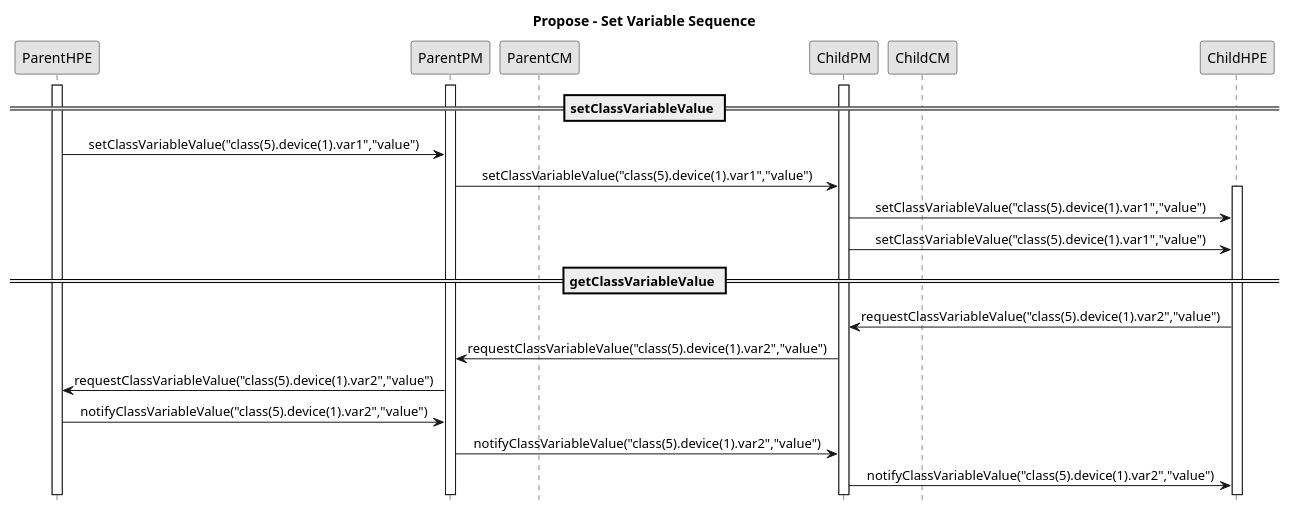
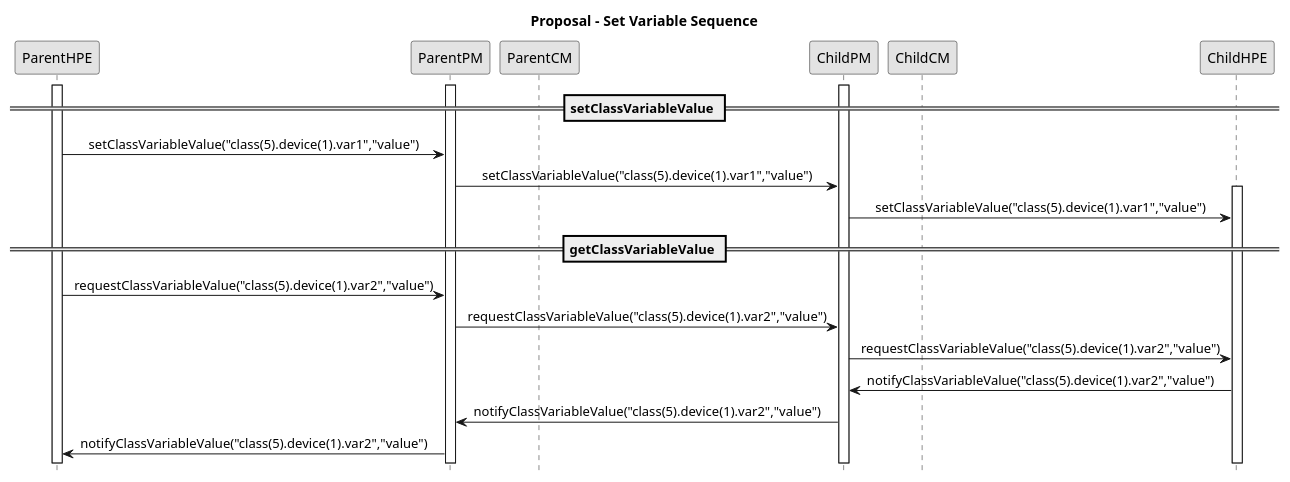
The diagram in sequence2proposal.plantuml (alanlivio/fsmda), drawn with PlantUML before and after one commit. The commit also changed 6 other files, not shown here.

Commit message:
docs: Refactory title names. Fixes. Rename ChildHPE and ParentHPE to Player in objects controls. Remove media ID to Player call.

```diff
--- a/sequence2proposal.plantuml
+++ b/sequence2proposal.plantuml
@@ -2,33 +2,32 @@
 @startuml
 hide footbox
 skinparam monochrome true
 skinparam sequenceMessageAlign center
 
 participant ParentHPE
 participant ParentPM
 participant ParentCM
 participant ChildPM
 participant ChildCM
 participant ChildHPE
 
-''''''''''''''''''Propose - Set Variable Sequence'''''''''''''''''
-title Propose - Set Variable Sequence
+''''''''''''''''''Proposal - Set Variable Sequence'''''''''''''''''
+title Proposal - Set Variable Sequence
 activate ParentHPE
 activate ParentPM
 activate ChildPM
 == setClassVariableValue ==
 ParentHPE->ParentPM: setClassVariableValue("class(5).device(1).var1","value")
 ParentPM->ChildPM: setClassVariableValue("class(5).device(1).var1","value")
 activate ChildHPE
 ChildPM->ChildHPE: setClassVariableValue("class(5).device(1).var1","value")
-ChildPM->ChildHPE: setClassVariableValue("class(5).device(1).var1","value")
 == getClassVariableValue ==
-ChildHPE->ChildPM: requestClassVariableValue("class(5).device(1).var2","value")
-ChildPM->ParentPM: requestClassVariableValue("class(5).device(1).var2","value")
-ParentPM->ParentHPE: requestClassVariableValue("class(5).device(1).var2","value")
-ParentHPE->ParentPM: notifyClassVariableValue("class(5).device(1).var2","value")
-ParentPM->ChildPM: notifyClassVariableValue("class(5).device(1).var2","value")
-ChildPM->ChildHPE: notifyClassVariableValue("class(5).device(1).var2","value")
+ParentHPE->ParentPM: requestClassVariableValue("class(5).device(1).var2","value")
+ParentPM->ChildPM: requestClassVariableValue("class(5).device(1).var2","value")
+ChildPM->ChildHPE: requestClassVariableValue("class(5).device(1).var2","value")
+ChildHPE->ChildPM: notifyClassVariableValue("class(5).device(1).var2","value")
+ChildPM->ParentPM: notifyClassVariableValue("class(5).device(1).var2","value")
+ParentPM->ParentHPE: notifyClassVariableValue("class(5).device(1).var2","value")
 
 ''''''''''''''''''Ending PLANTUML params'''''''''''''''''
 @enduml
```
